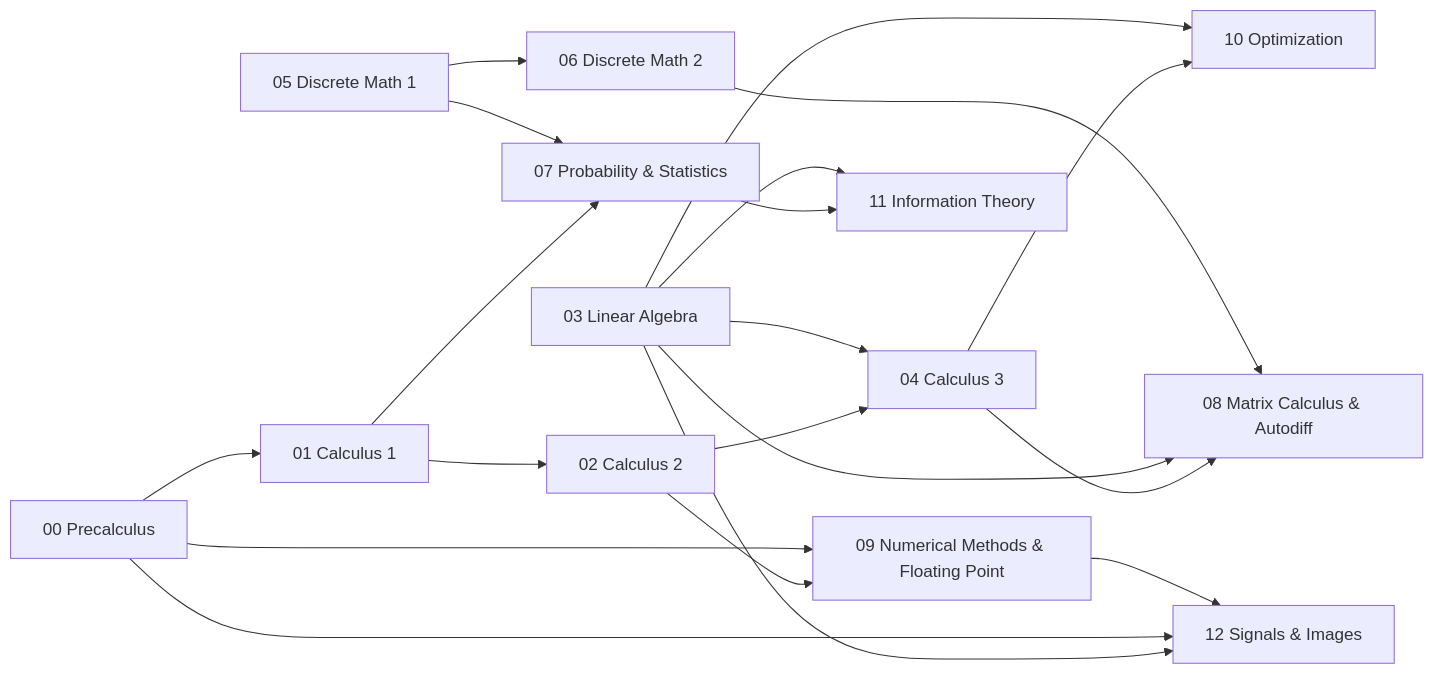
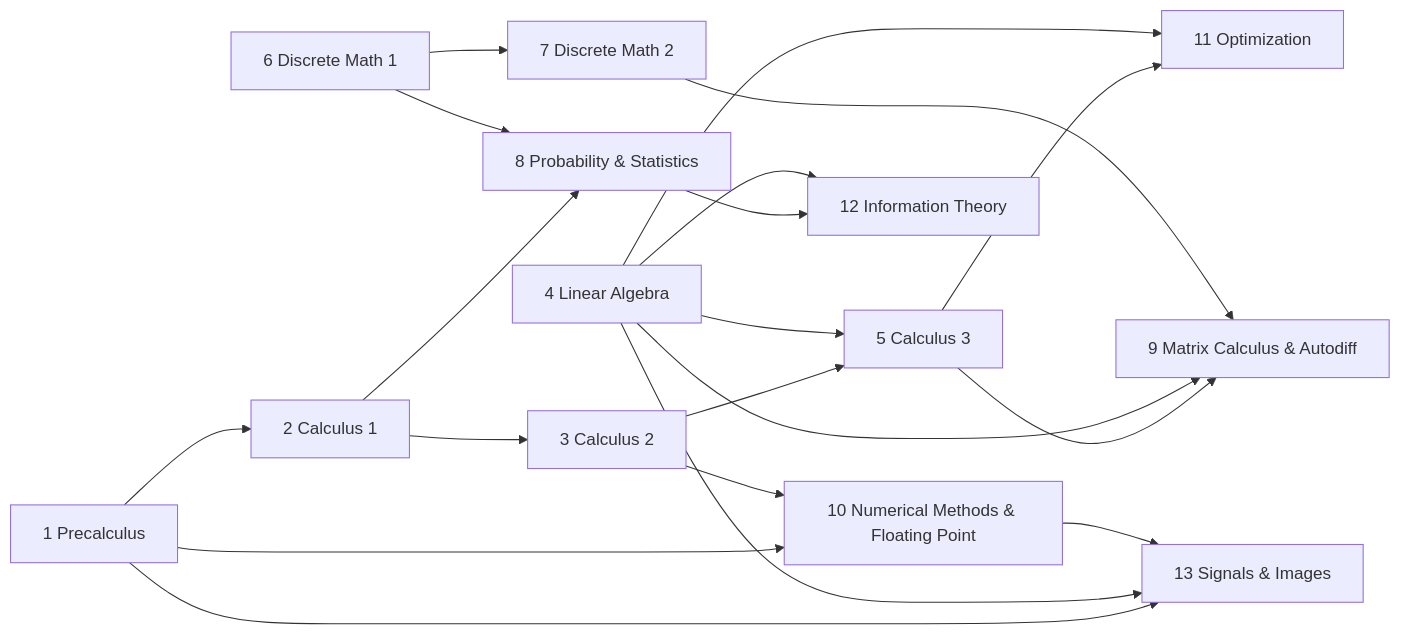
One commit to urmzd/openlearn changed the diagram in content/courses/mathematics-for-computing/README.md. Above: the diagram before and after it, drawn with Mermaid. The commit also changed other lines of this file and 56 other files, not shown here.

````diff
--- a/content/courses/mathematics-for-computing/README.md
+++ b/content/courses/mathematics-for-computing/README.md
@@ -24,22 +28,22 @@
 ```mermaid
 graph LR
-    PC[00 Precalculus] --> C1
-    C1[01 Calculus 1] --> C2[02 Calculus 2]
-    C2 --> C3[04 Calculus 3]
-    LA[03 Linear Algebra] --> C3
-    D1[05 Discrete Math 1] --> D2[06 Discrete Math 2]
-    C1 --> PS[07 Probability & Statistics]
+    PC[1 Precalculus] --> C1[2 Calculus 1]
+    C1 --> C2[3 Calculus 2]
+    C2 --> C3[5 Calculus 3]
+    LA[4 Linear Algebra] --> C3
+    D1[6 Discrete Math 1] --> D2[7 Discrete Math 2]
+    C1 --> PS[8 Probability & Statistics]
     D1 --> PS
-    C3 --> MC[08 Matrix Calculus & Autodiff]
+    C3 --> MC[9 Matrix Calculus & Autodiff]
     LA --> MC
     D2 --> MC
-    C2 --> NM[09 Numerical Methods & Floating Point]
-    PC --> NM
-    C3 --> OPT[10 Optimization]
+    PC --> NM[10 Numerical Methods & Floating Point]
+    C2 --> NM
+    C3 --> OPT[11 Optimization]
     LA --> OPT
-    PS --> IT[11 Information Theory]
+    PS --> IT[12 Information Theory]
     LA --> IT
-    LA --> SI[12 Signals & Images]
-    PC --> SI
+    PC --> SI[13 Signals & Images]
+    LA --> SI
     NM --> SI
 ```
````
